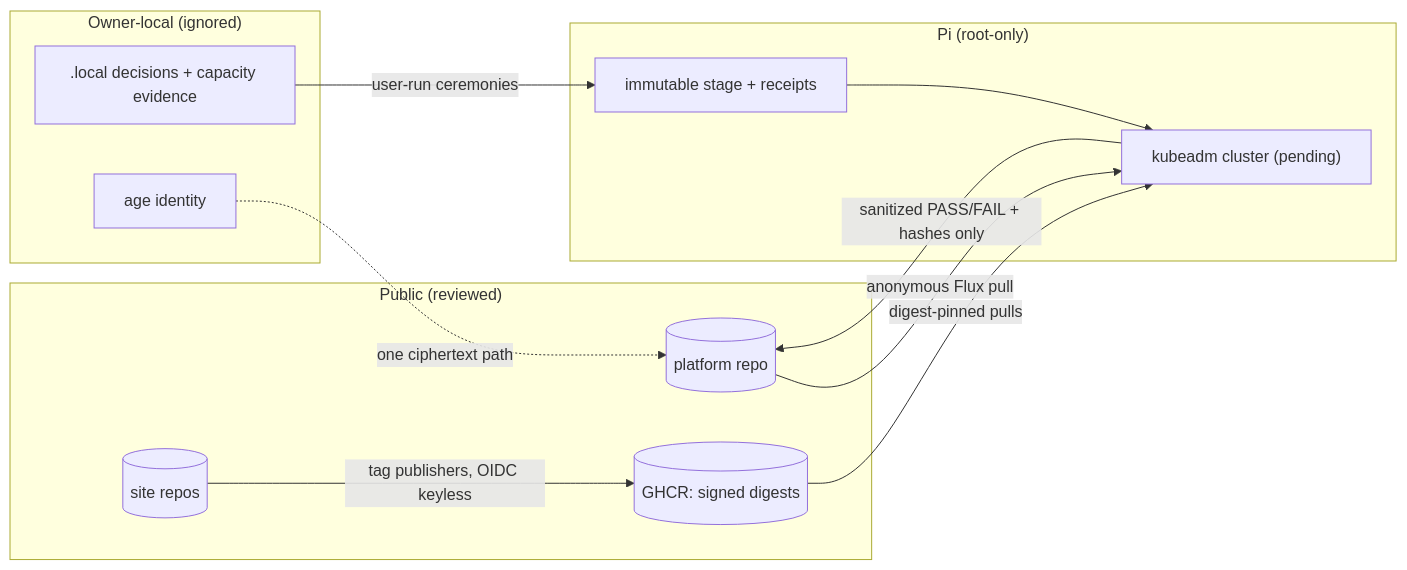
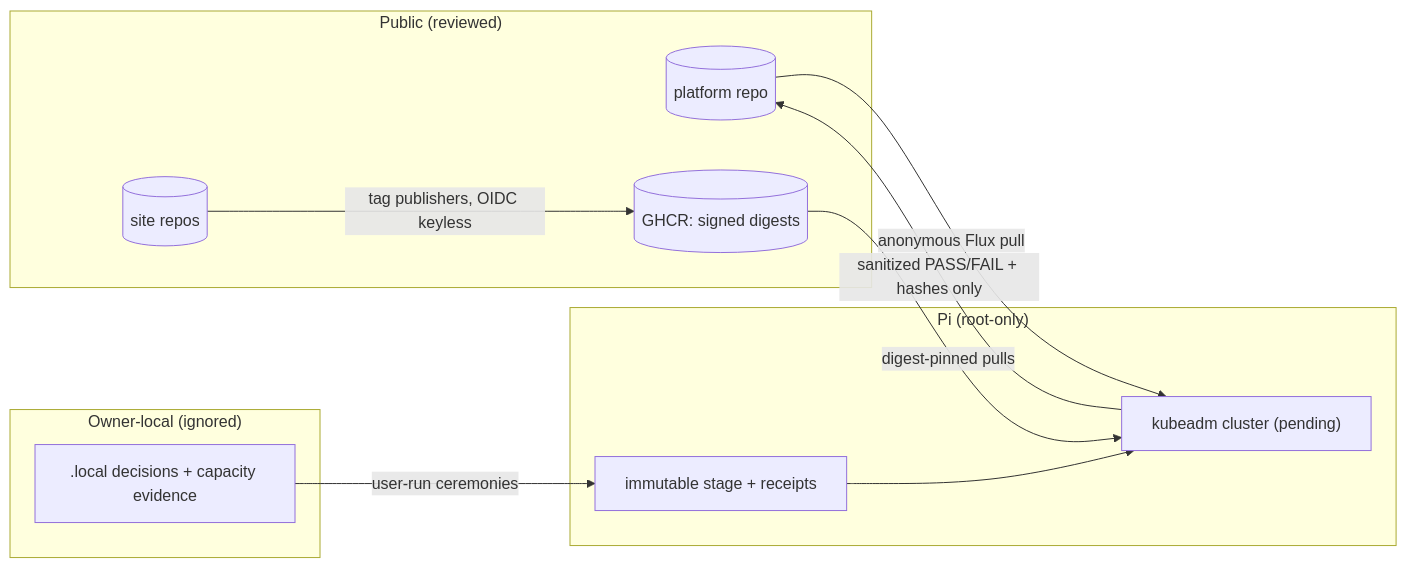
The diagram in docs/assurance/phase-a-surface-map.md (snaraj/website-infrastructure), drawn with Mermaid before and after one commit. The commit also changed other lines of this file and 145 other files, not shown here.

First line of the commit message:
Line-cut train: one Ready rule, retired governance, SOPS, docs, Flux RBAC ceremony (#301)

````diff
--- a/docs/assurance/phase-a-surface-map.md
+++ b/docs/assurance/phase-a-surface-map.md
@@ -61,22 +62,20 @@
 ```mermaid
 flowchart LR
     subgraph public["Public (reviewed)"]
       repo[(platform repo)]
       sites[(site repos)]
       ghcr[(GHCR: signed digests)]
     end
     subgraph local["Owner-local (ignored)"]
       decisions[".local decisions + capacity evidence"]
-      sops["age identity"]
     end
     subgraph pi["Pi (root-only)"]
       stage["immutable stage + receipts"]
       cluster["kubeadm cluster (pending)"]
     end
     sites -->|tag publishers, OIDC keyless| ghcr
     repo -->|anonymous Flux pull| cluster
     ghcr -->|digest-pinned pulls| cluster
     decisions -->|user-run ceremonies| stage --> cluster
-    sops -.->|one ciphertext path| repo
     cluster -->|sanitized PASS/FAIL + hashes only| repo
 ```
````
